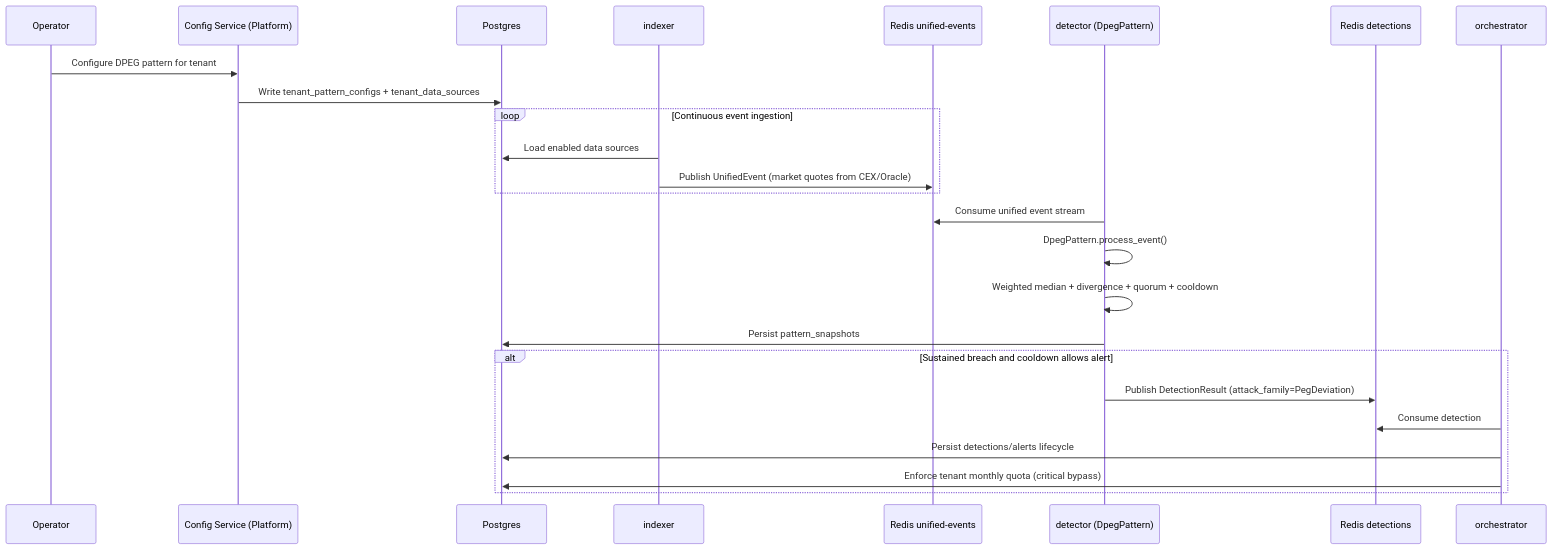
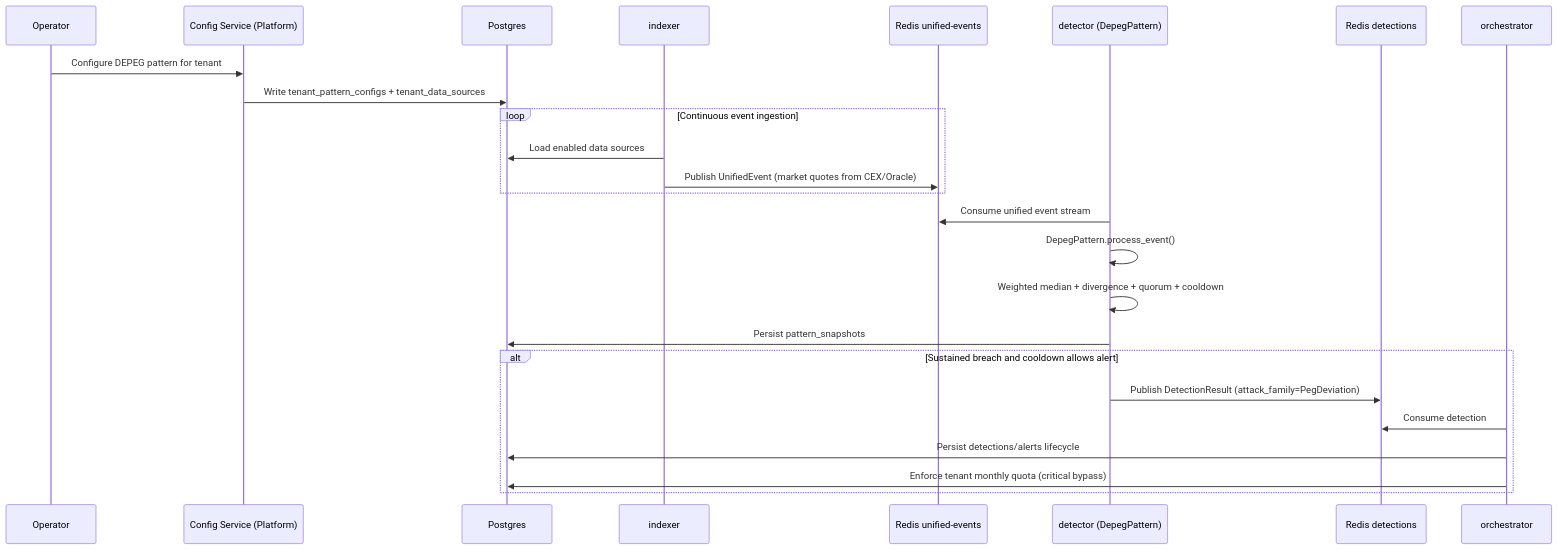
Before and after one commit to raksha-labs/raksha-core: the diagram in docs/SCENARIO_DOLLAR_DEPEG_ALERT.md, drawn with Mermaid. The commit also changed other lines of this file and 16 other files, not shown here.

````diff
--- a/docs/SCENARIO_DOLLAR_DEPEG_ALERT.md
+++ b/docs/SCENARIO_DOLLAR_DEPEG_ALERT.md
@@ -33,31 +33,31 @@
 ```mermaid
 sequenceDiagram
   participant Ops as Operator
   participant CFG as Config Service (Platform)
   participant DB as Postgres
   participant IDX as indexer
   participant UNIFIED as Redis unified-events
-  participant DET as detector (DpegPattern)
+  participant DET as detector (DepegPattern)
   participant DETS as Redis detections
   participant ORCH as orchestrator
 
-  Ops->>CFG: Configure DPEG pattern for tenant
+  Ops->>CFG: Configure DEPEG pattern for tenant
   CFG->>DB: Write tenant_pattern_configs + tenant_data_sources
 
   loop Continuous event ingestion
     IDX->>DB: Load enabled data sources
     IDX->>UNIFIED: Publish UnifiedEvent (market quotes from CEX/Oracle)
   end
 
   DET->>UNIFIED: Consume unified event stream
-  DET->>DET: DpegPattern.process_event()
+  DET->>DET: DepegPattern.process_event()
   DET->>DET: Weighted median + divergence + quorum + cooldown
   DET->>DB: Persist pattern_snapshots
 
   alt Sustained breach and cooldown allows alert
     DET->>DETS: Publish DetectionResult (attack_family=PegDeviation)
     ORCH->>DETS: Consume detection
     ORCH->>DB: Persist detections/alerts lifecycle
     ORCH->>DB: Enforce tenant monthly quota (critical bypass)
   end
 ```
````
